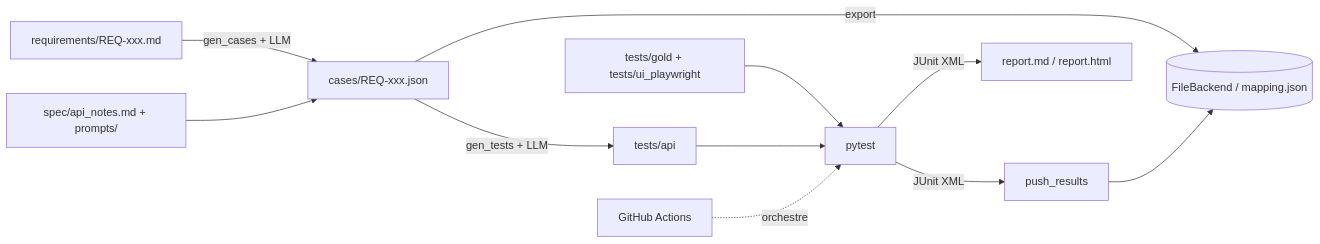
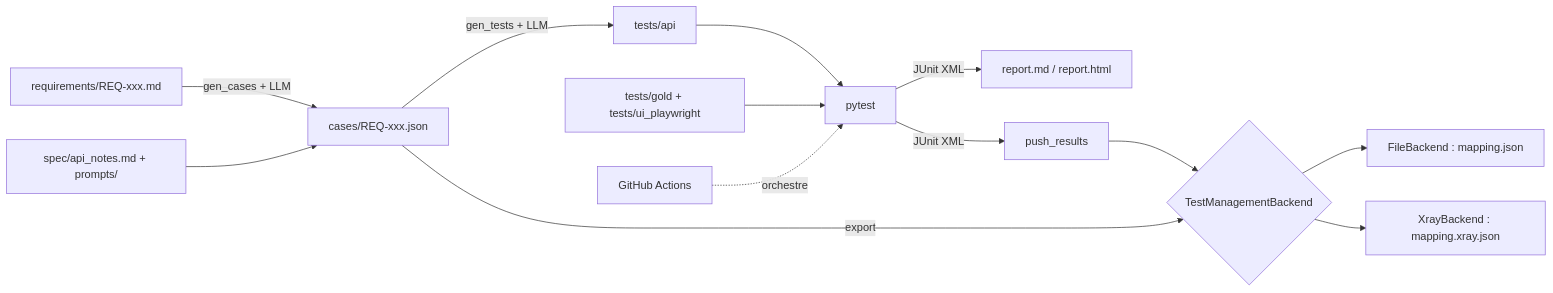
Before and after one commit to kammounimen/QAPilot-AI: the first of 2 diagrams in README.md, drawn with Mermaid. The commit also changed other lines of this file, not shown here.

Commit message:
docs: README détaillé (architecture, Xray, interprétation des résultats)

````diff
--- a/README.md
+++ b/README.md
@@ -9,13 +54,15 @@
 ```mermaid
 flowchart LR
-    R[requirements/REQ-xxx.md] -->|gen_cases + LLM| C[cases/REQ-xxx.json]
-    N[spec/api_notes.md + prompts/] --> C
-    C -->|export| M[(FileBackend / mapping.json)]
-    C -->|gen_tests + LLM| T[tests/api]
-    G[tests/gold + tests/ui_playwright] --> X
-    T --> X[pytest]
-    X -->|JUnit XML| P[push_results]
-    P --> M
-    X -->|JUnit XML| REP[report.md / report.html]
-    CI[GitHub Actions] -. orchestre .-> X
+    R["requirements/REQ-xxx.md"] -->|"gen_cases + LLM"| C["cases/REQ-xxx.json"]
+    N["spec/api_notes.md + prompts/"] --> C
+    C -->|"gen_tests + LLM"| T["tests/api"]
+    C -->|export| B{"TestManagementBackend"}
+    B --> F["FileBackend : mapping.json"]
+    B --> X["XrayBackend : mapping.xray.json"]
+    T --> PT[pytest]
+    G["tests/gold + tests/ui_playwright"] --> PT
+    PT -->|"JUnit XML"| REP["report.md / report.html"]
+    PT -->|"JUnit XML"| P[push_results]
+    P --> B
+    CI["GitHub Actions"] -. orchestre .-> PT
 ```
````
